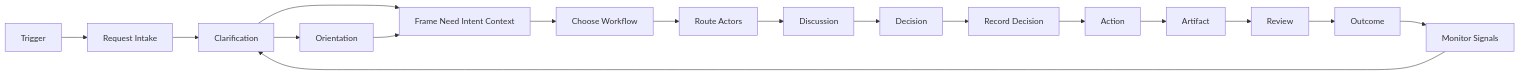
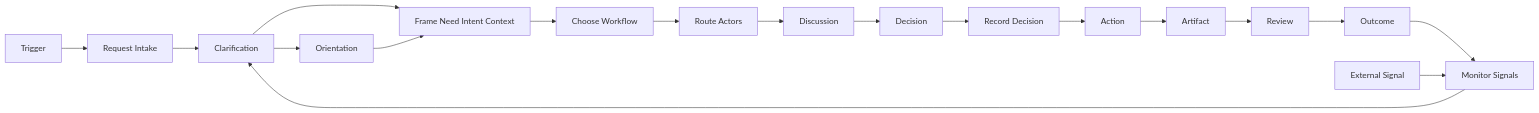
One commit to popcoondev/ai-organization-framework changed the first of 2 diagrams in docs/runtime-sdk.md. Above: the diagram before and after it, drawn with Mermaid. The commit also changed other lines of this file and 6 other files, not shown here.

Commit message:
Define external signal handling

````diff
--- a/docs/runtime-sdk.md
+++ b/docs/runtime-sdk.md
@@ -125,22 +126,24 @@
 ```mermaid
 flowchart LR
     trigger[Trigger]
     intake[Request Intake]
     clarify[Clarification]
     orient[Orientation]
     frame[Frame Need Intent Context]
     choose[Choose Workflow]
     route[Route Actors]
     discuss[Discussion]
     decide[Decision]
     record[Record Decision]
     act[Action]
     artifact[Artifact]
     review[Review]
     outcome[Outcome]
+    signal[External Signal]
     monitor[Monitor Signals]
 
     trigger --> intake --> clarify --> frame --> choose --> route --> discuss --> decide --> record --> act --> artifact --> review --> outcome --> monitor
     clarify --> orient --> frame
+    signal --> monitor
     monitor --> clarify
 ```
````
